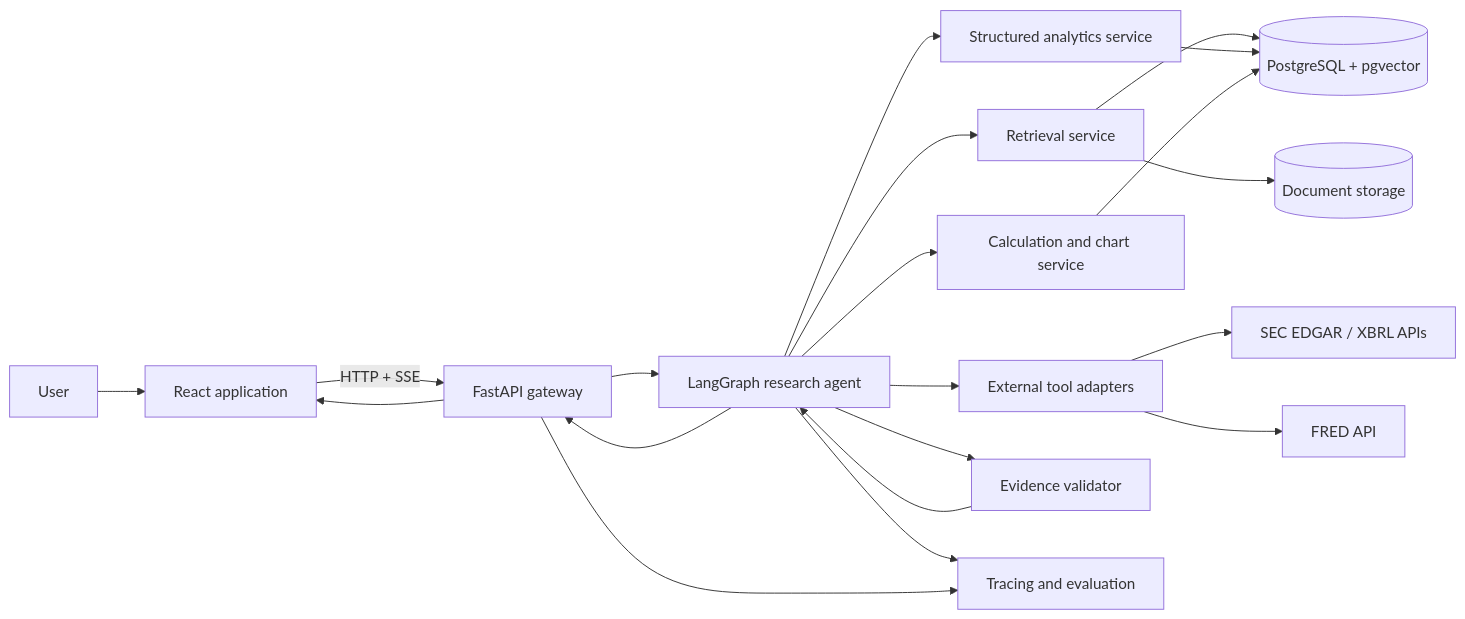
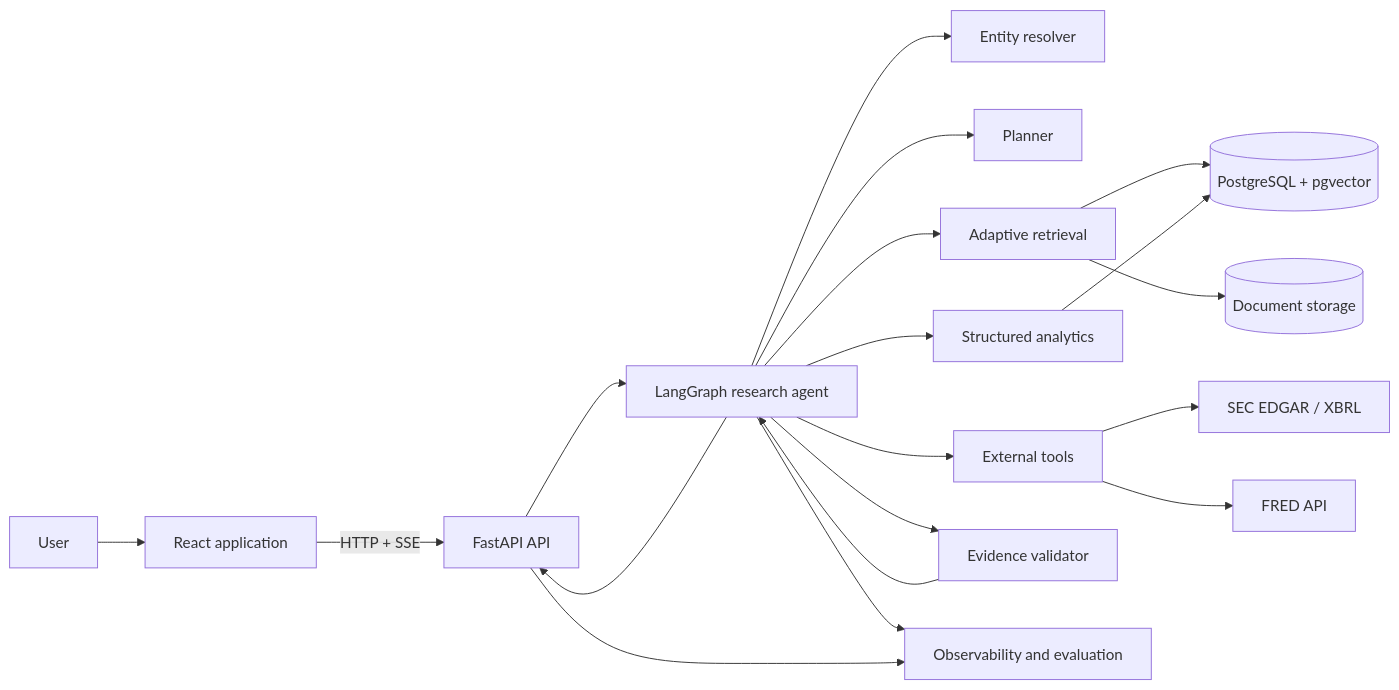
One commit to zvadym/company-lens changed the first of 5 diagrams in README.md. Above: the diagram before and after it, drawn with Mermaid. The commit also changed other lines of this file, not shown here.

Commit message:
docs: align README with implementation backlog and evaluation lab

````diff
--- a/README.md
+++ b/README.md
@@ -138,29 +95,25 @@
 ```mermaid
 flowchart LR
     U[User] --> UI[React application]
-    UI -->|HTTP + SSE| API[FastAPI gateway]
+    UI -->|HTTP + SSE| API[FastAPI API]
     API --> G[LangGraph research agent]
 
-    G --> R[Retrieval service]
-    G --> S[Structured analytics service]
-    G --> T[External tool adapters]
-    G --> C[Calculation and chart service]
-    G --> V[Evidence validator]
+    G --> ER[Entity resolver]
+    G --> P[Planner]
+    G --> R[Adaptive retrieval]
+    G --> S[Structured analytics]
+    G --> T[External tools]
+    G --> E[Evidence validator]
 
     R --> PG[(PostgreSQL + pgvector)]
-    R --> OBJ[(Document storage)]
-
+    R --> DS[(Document storage)]
     S --> PG
-
-    T --> SEC[SEC EDGAR / XBRL APIs]
+    T --> SEC[SEC EDGAR / XBRL]
     T --> FRED[FRED API]
 
-    C --> PG
-
-    G --> O[Tracing and evaluation]
+    G --> O[Observability and evaluation]
     API --> O
 
-    V --> G
+    E --> G
     G --> API
-    API --> UI
 ```
````
